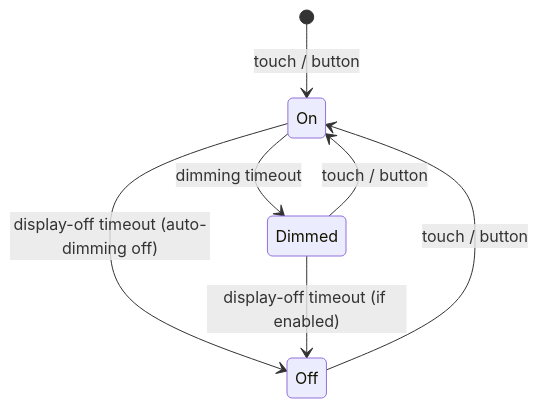
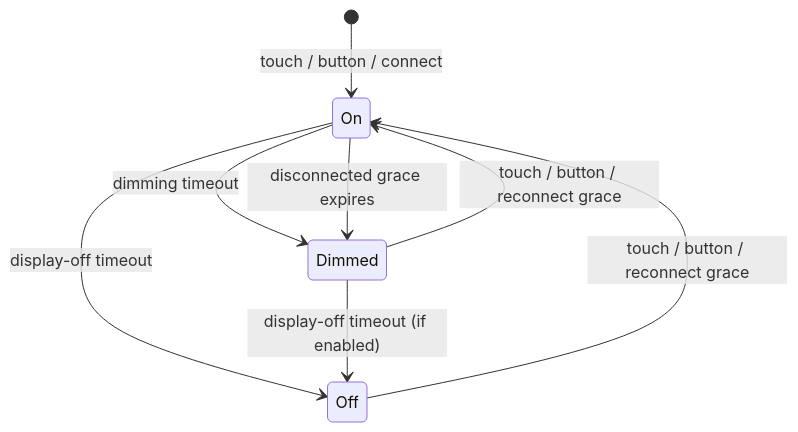
The diagram in docs/esphome.md (happydasch/nspanel_haui), drawn with Mermaid before and after one commit. The commit also changed other lines of this file and 120 other files, not shown here.

````diff
--- a/docs/esphome.md
+++ b/docs/esphome.md
@@ -203,9 +204,10 @@
 ```mermaid
 stateDiagram-v2
-    [*] --> On: touch / button
+    [*] --> On: touch / button / connect
     On --> Dimmed: dimming timeout
-    On --> Off: display-off timeout (auto-dimming off)
-    Dimmed --> On: touch / button
+    On --> Dimmed: disconnected grace expires
+    On --> Off: display-off timeout
+    Dimmed --> On: touch / button / reconnect grace
     Dimmed --> Off: display-off timeout (if enabled)
-    Off --> On: touch / button
+    Off --> On: touch / button / reconnect grace
 ```
````
